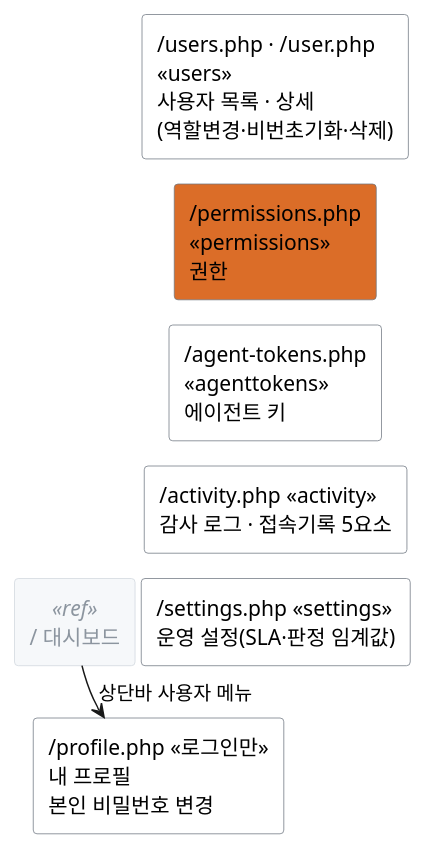
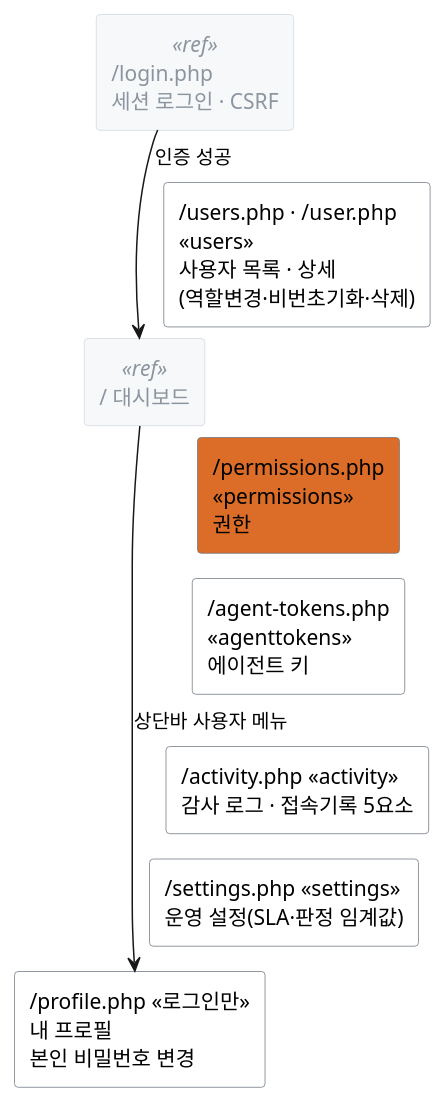
One commit to JeongDoWook/vuln-agent changed the diagram in docs/specs/diagrams/사이트맵-관리.puml. Above: the diagram before and after it, drawn with PlantUML. The commit also changed 23 other files, not shown here.

First line of the commit message:
수정: PR #783 리뷰 지적사항 — ERD 폭 초과·분리본 검증 누락·사이트맵 손누락

```diff
--- a/docs/specs/diagrams/사이트맵-관리.puml
+++ b/docs/specs/diagrams/사이트맵-관리.puml
@@ -1,44 +1,47 @@
 @startuml 사이트맵-관리
 ' vuln-agent §6 웹 화면 구성 (사이트맵 · 인증) — 관리·설정 계열 도메인 분리본
 ' 정본은 사이트맵.puml 전체다. 이 파일은 사용자·권한·에이전트 키·감사로그·운영 설정과
-' 로그인 사용자 전원의 프로필만 추린 것 — GitHub 본문 폭(약 900px)에서 전체본(4489px대)이
+' 로그인 사용자 전원의 프로필만 추린 것 — GitHub 본문 폭(약 900px)에서 전체본(정확한 폭은 README.md 사이트맵 절 참고)이
 ' 판독 불가라 도메인별로 나눴다. 손으로 고친다 — 사이트맵.puml 을 고쳤으면 이 분리본도
 ' 같이 갱신한다(README.md 사이트맵 절 참고).
 '
-' 이 도메인은 다른 화면과 오가는 링크가 대시보드 진입 하나뿐이다(관리 화면은 사이드바에서만
-' 진입하는 독립 CRUD 화면들이라 서로 오가지 않는다).
+' 이 도메인은 다른 화면과 오가는 링크가 로그인·대시보드 진입 두 곳뿐이다(관리 화면은
+' 사이드바에서만 진입하는 독립 CRUD 화면들이라 서로 오가지 않는다).
 
 skinparam wrapWidth 230
 skinparam nodesep 4
 skinparam ranksep 16
 skinparam shadowing false
 skinparam rectangle {
     BackgroundColor #ffffff
     BorderColor #6e7681
 }
 skinparam rectangle<<ref>> {
     BackgroundColor #f6f8fa
     BorderColor #d0d7de
     FontColor #8c959f
 }
 
+rectangle "/login.php\n세션 로그인 · CSRF" as LOGIN <<ref>>
 rectangle "/ 대시보드" as DASH <<ref>>
 
 rectangle "/users.php · /user.php\n«users»\n사용자 목록 · 상세\n(역할변경·비번초기화·삭제)" as USERS
 rectangle "/permissions.php\n«permissions»\n권한" as PERM #db6d28
 rectangle "/agent-tokens.php\n«agenttokens»\n에이전트 키" as ATOK
 rectangle "/activity.php «activity»\n감사 로그 · 접속기록 5요소" as ACT
 rectangle "/settings.php «settings»\n운영 설정(SLA·판정 임계값)" as SET
 ' 사이드바 밖 — 상단바 사용자 메뉴. 로그인 사용자 전원(메뉴 권한 없음).
 rectangle "/profile.php «로그인만»\n내 프로필\n본인 비밀번호 변경" as PROF
 
+LOGIN --> DASH : 인증 성공
 DASH --> PROF : 상단바 사용자 메뉴
 
 ' ── 보이지 않는 배치용 선 ──────────────────────────────────
+LOGIN -[hidden]down- USERS
 USERS -[hidden]down- PERM
 PERM  -[hidden]down- ATOK
 ATOK  -[hidden]down- ACT
 ACT   -[hidden]down- SET
 SET   -[hidden]down- PROF
 
 @enduml
```
